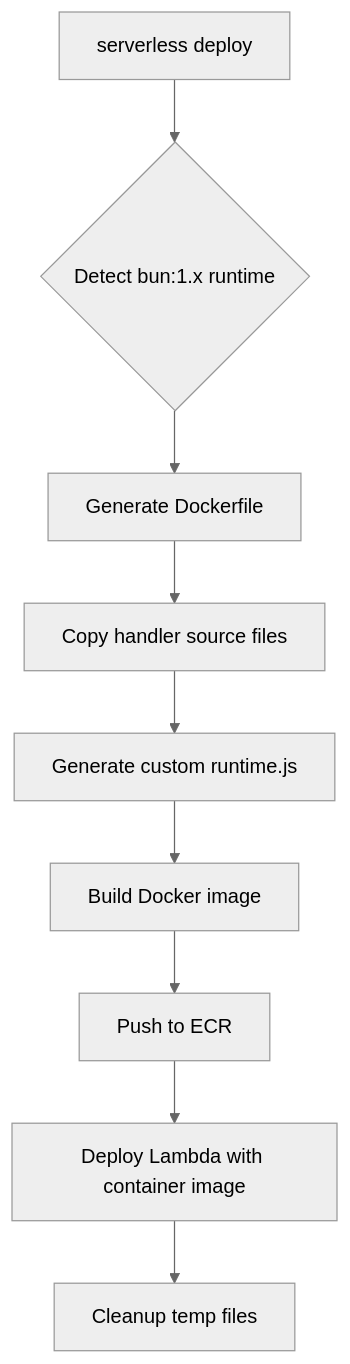
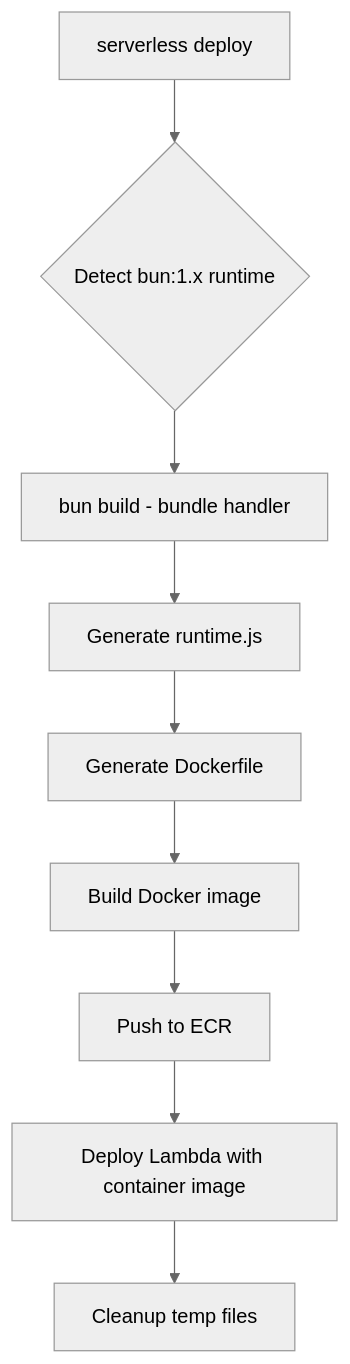
One commit to thadeu/serverless-bun-plugin changed the first of 2 diagrams in README.md. Above: the diagram before and after it, drawn with Mermaid (neutral theme). The commit also changed other lines of this file and 2 other files, not shown here.

````diff
--- a/README.md
+++ b/README.md
@@ -129,11 +130,11 @@
 ```mermaid
 flowchart TD
     A[serverless deploy] --> B{Detect bun:1.x runtime}
-    B --> C[Generate Dockerfile]
-    C --> D[Copy handler source files]
-    D --> E[Generate custom runtime.js]
+    B --> C[bun build - bundle handler]
+    C --> D[Generate runtime.js]
+    D --> E[Generate Dockerfile]
     E --> F[Build Docker image]
     F --> G[Push to ECR]
     G --> H[Deploy Lambda with container image]
     H --> I[Cleanup temp files]
 ```
````
